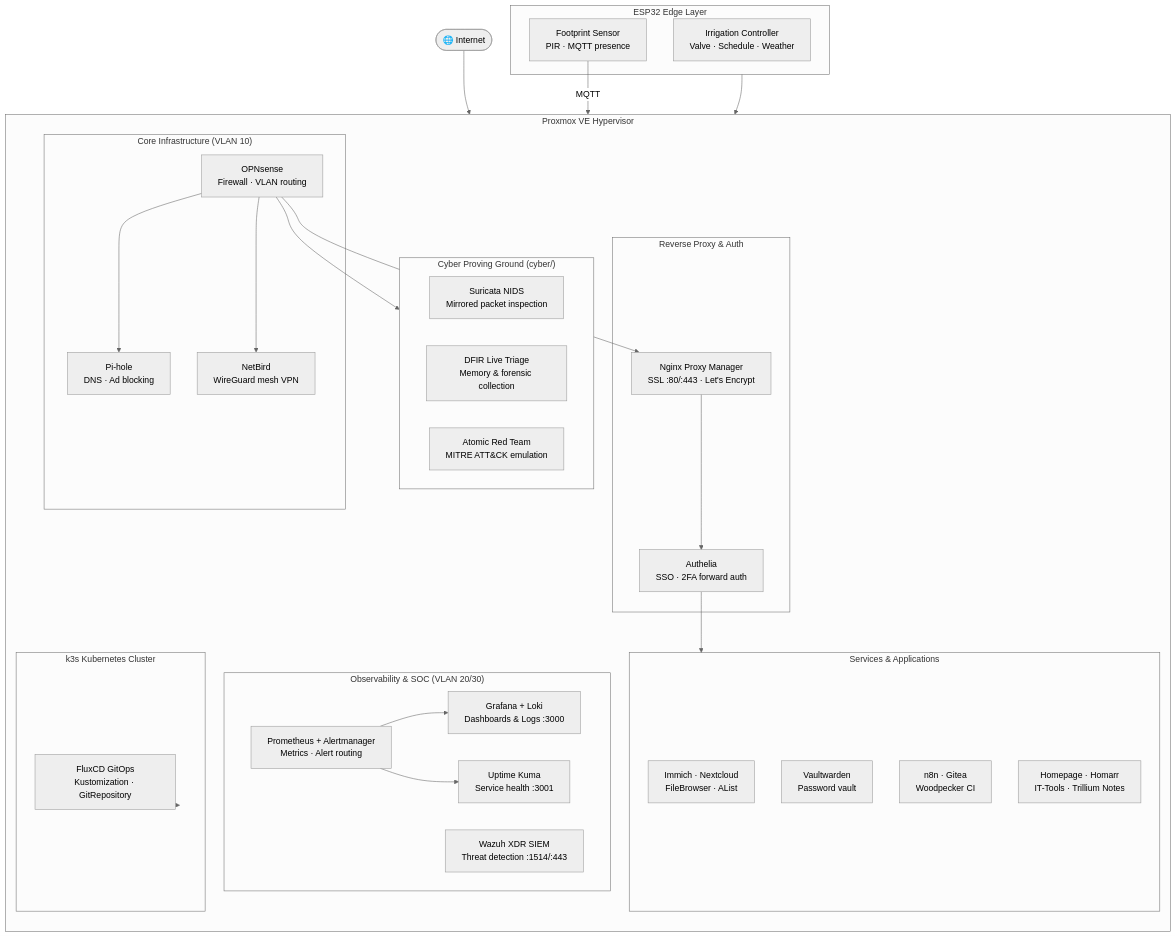
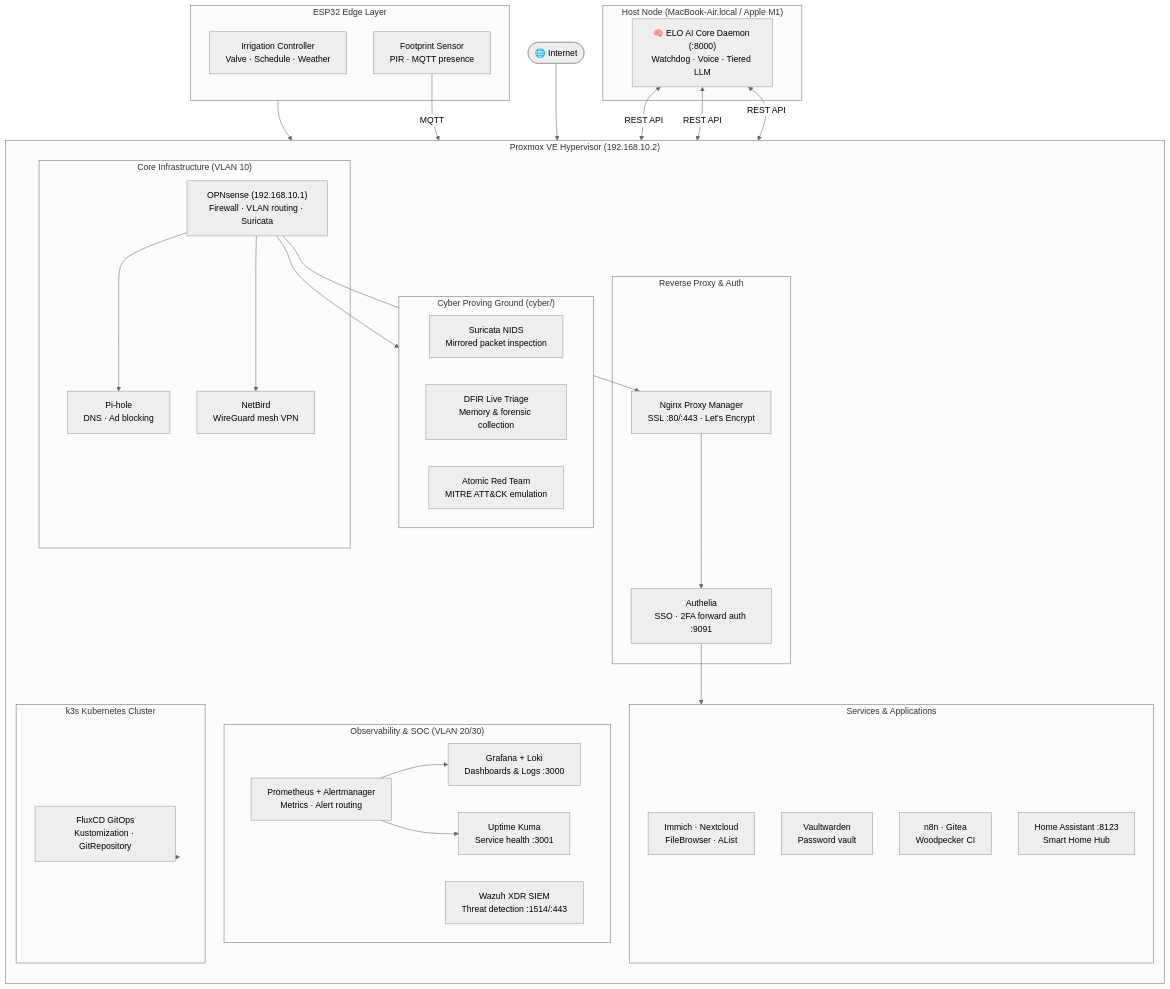
The second of 2 diagrams in README.md (stefanutc1/datacenter), drawn with Mermaid (neutral theme) before and after one commit. The commit also changed other lines of this file and 1 other file, not shown here.

Commit message:
docs: update root and elo README with comprehensive architecture and CI/CD status

````diff
--- a/README.md
+++ b/README.md
@@ -67,61 +105,68 @@
 ```mermaid
 flowchart TB
     Internet(["🌐 Internet"])
 
-    subgraph PVE["Proxmox VE Hypervisor"]
+    subgraph PVE["Proxmox VE Hypervisor (192.168.10.2)"]
         direction TB
 
         subgraph CORE["Core Infrastructure (VLAN 10)"]
-            OPN["OPNsense\nFirewall · VLAN routing"]
+            OPN["OPNsense (192.168.10.1)\nFirewall · VLAN routing · Suricata"]
             DNS["Pi-hole\nDNS · Ad blocking"]
             VPN["NetBird\nWireGuard mesh VPN"]
         end
 
         subgraph PROXY["Reverse Proxy & Auth"]
             NPM["Nginx Proxy Manager\nSSL :80/:443 · Let's Encrypt"]
-            AUTH["Authelia\nSSO · 2FA forward auth"]
+            AUTH["Authelia\nSSO · 2FA forward auth :9091"]
         end
 
         subgraph MON["Observability & SOC (VLAN 20/30)"]
             PROM["Prometheus + Alertmanager\nMetrics · Alert routing"]
             GRAF["Grafana + Loki\nDashboards & Logs :3000"]
             WAZUH["Wazuh XDR SIEM\nThreat detection :1514/:443"]
             KUMA["Uptime Kuma\nService health :3001"]
         end
 
         subgraph SVC["Services & Applications"]
             IMMICH["Immich · Nextcloud\nFileBrowser · AList"]
             VAULT["Vaultwarden\nPassword vault"]
             N8N["n8n · Gitea\nWoodpecker CI"]
-            HOME["Homepage · Homarr\nIT-Tools · Trillium Notes"]
+            HASS["Home Assistant :8123\nSmart Home Hub"]
         end
 
         subgraph CYBER["Cyber Proving Ground (cyber/)"]
             SURICATA["Suricata NIDS\nMirrored packet inspection"]
             DFIR["DFIR Live Triage\nMemory & forensic collection"]
             REDTEAM["Atomic Red Team\nMITRE ATT&CK emulation"]
         end
 
         subgraph K8S["k3s Kubernetes Cluster"]
             FLUX["FluxCD GitOps\nKustomization · GitRepository"]
         end
+    end
+
+    subgraph ELO_NODE["Host Node (MacBook-Air.local / Apple M1)"]
+        ELO_APP["🧠 ELO AI Core Daemon (:8000)\nWatchdog · Voice · Tiered LLM"]
     end
 
     subgraph EDGE["ESP32 Edge Layer"]
         IRR["Irrigation Controller\nValve · Schedule · Weather"]
         FP["Footprint Sensor\nPIR · MQTT presence"]
     end
 
     Internet --> OPN
     OPN --> NPM
     NPM --> AUTH
     AUTH --> SVC
     OPN --> DNS
     OPN --> VPN
     PROM --> GRAF
     PROM --> KUMA
     K8S --> FLUX
-    EDGE --> HOME
-    FP -->|MQTT| HOME
+    EDGE --> HASS
+    FP -->|MQTT| HASS
     OPN --> CYBER
+    ELO_APP <-->|REST API| PVE
+    ELO_APP <-->|REST API| HASS
+    ELO_APP <-->|REST API| OPN
 ```
````
